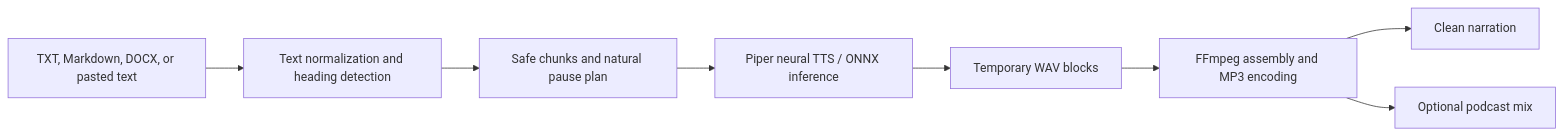
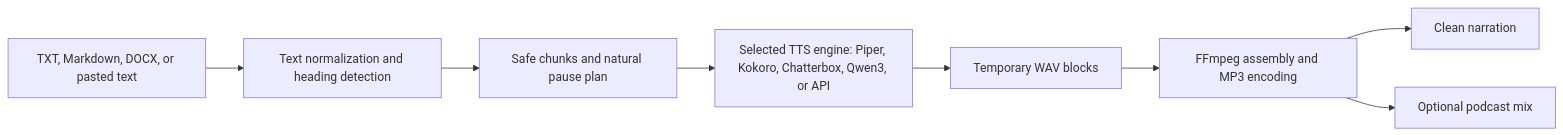
One commit to estebanstifli/LocalText2Voice changed the diagram in README.md. Above: the diagram before and after it, drawn with Mermaid. The commit also changed other lines of this file and 88 other files, not shown here.

````diff
--- a/README.md
+++ b/README.md
@@ -139,10 +157,10 @@
 ```mermaid
 flowchart LR
     A["TXT, Markdown, DOCX, or pasted text"] --> B["Text normalization and heading detection"]
     B --> C["Safe chunks and natural pause plan"]
-    C --> D["Piper neural TTS / ONNX inference"]
+    C --> D["Selected TTS engine: Piper, Kokoro, Chatterbox, Qwen3, or API"]
     D --> E["Temporary WAV blocks"]
     E --> F["FFmpeg assembly and MP3 encoding"]
     F --> G["Clean narration"]
     F --> H["Optional podcast mix"]
 ```
````
